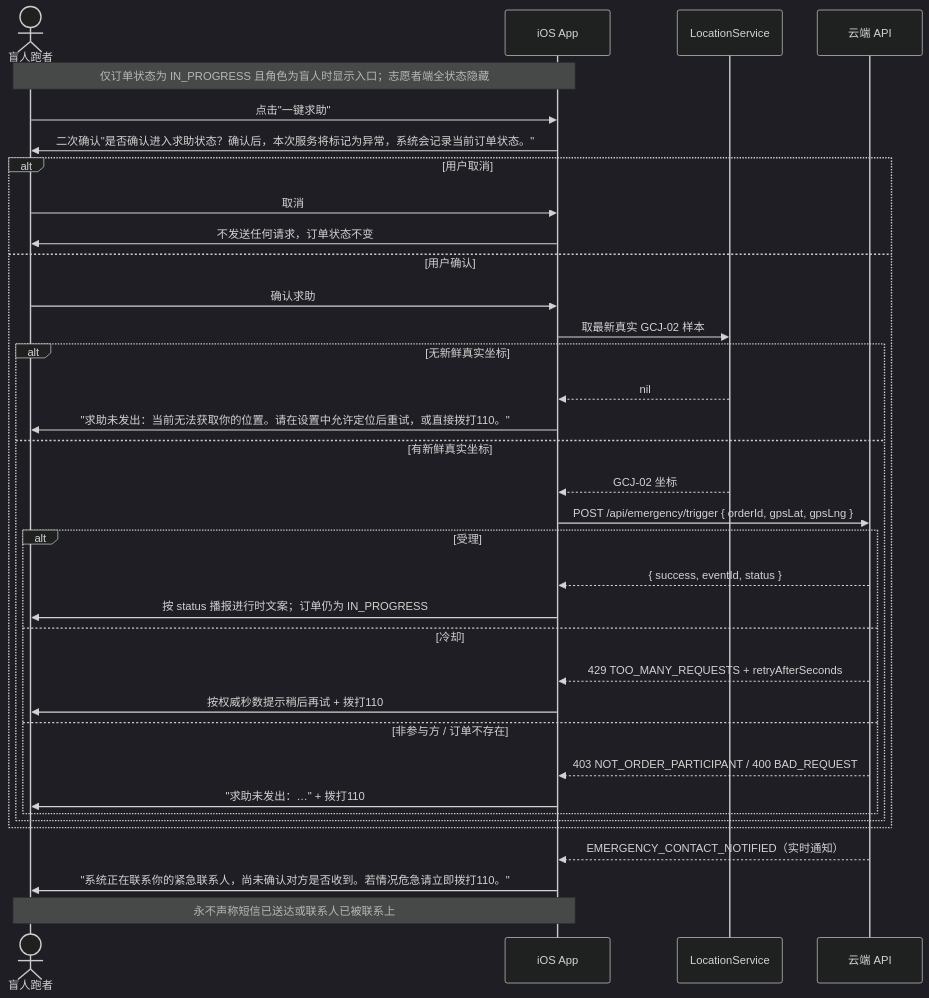
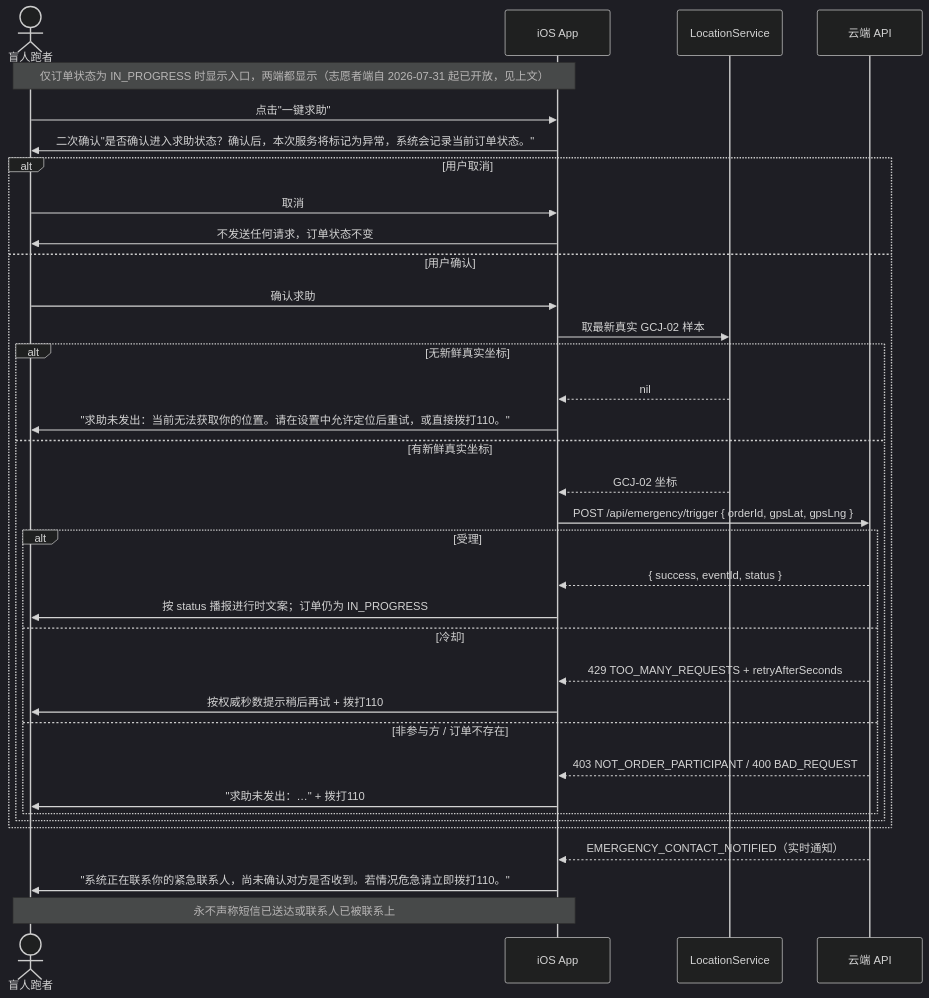
One commit to Jayden23018/blind-run-ios changed the fifth of 8 diagrams in docs/04-user-flows-and-state-machine.md. Above: the diagram before and after it, drawn with Mermaid (dark theme). The commit also changed 8 other files, not shown here.

````diff
--- a/docs/04-user-flows-and-state-machine.md
+++ b/docs/04-user-flows-and-state-machine.md
@@ -265,41 +265,41 @@
 ```mermaid
 sequenceDiagram
     actor BR as 盲人跑者
     participant App as iOS App
     participant Loc as LocationService
     participant API as 云端 API
 
-    Note over BR,App: 仅订单状态为 IN_PROGRESS 且角色为盲人时显示入口；志愿者端全状态隐藏
+    Note over BR,App: 仅订单状态为 IN_PROGRESS 时显示入口，两端都显示（志愿者端自 2026-07-31 起已开放，见上文）
 
     BR->>App: 点击"一键求助"
     App->>BR: 二次确认"是否确认进入求助状态？确认后，本次服务将标记为异常，系统会记录当前订单状态。"
 
     alt 用户取消
         BR->>App: 取消
         App->>BR: 不发送任何请求，订单状态不变
     else 用户确认
         BR->>App: 确认求助
         App->>Loc: 取最新真实 GCJ-02 样本
         alt 无新鲜真实坐标
             Loc-->>App: nil
             App->>BR: "求助未发出：当前无法获取你的位置。请在设置中允许定位后重试，或直接拨打110。"
         else 有新鲜真实坐标
             Loc-->>App: GCJ-02 坐标
             App->>API: POST /api/emergency/trigger { orderId, gpsLat, gpsLng }
             alt 受理
                 API-->>App: { success, eventId, status }
                 App->>BR: 按 status 播报进行时文案；订单仍为 IN_PROGRESS
             else 冷却
                 API-->>App: 429 TOO_MANY_REQUESTS + retryAfterSeconds
                 App->>BR: 按权威秒数提示稍后再试 + 拨打110
             else 非参与方 / 订单不存在
                 API-->>App: 403 NOT_ORDER_PARTICIPANT / 400 BAD_REQUEST
                 App->>BR: "求助未发出：…" + 拨打110
             end
         end
     end
 
     API-->>App: EMERGENCY_CONTACT_NOTIFIED（实时通知）
     App->>BR: "系统正在联系你的紧急联系人，尚未确认对方是否收到。若情况危急请立即拨打110。"
     Note over App,BR: 永不声称短信已送达或联系人已被联系上
 ```
````
